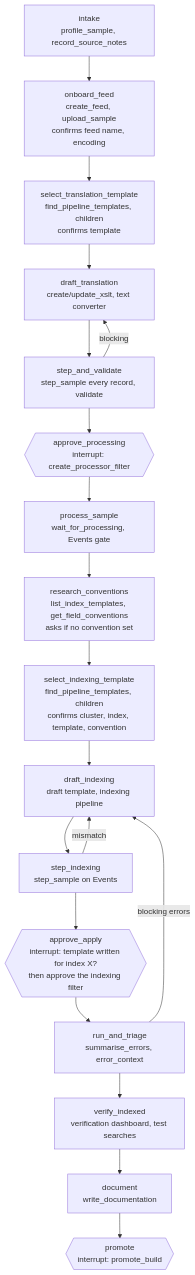
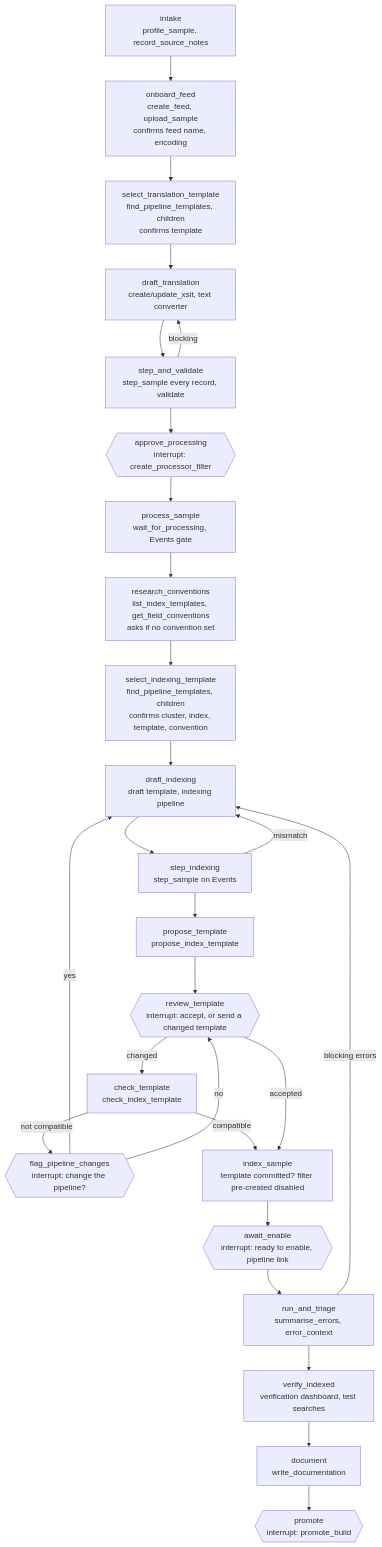
The third of 3 diagrams in docs/DESIGN.md (gradata-systems/stroom-fastmcp-server), drawn with Mermaid before and after one commit. The commit also changed other lines of this file and 16 other files, not shown here.

````diff
--- a/docs/DESIGN.md
+++ b/docs/DESIGN.md
@@ -503,21 +510,29 @@
 ```mermaid
 flowchart TD
     intake[intake<br/>profile_sample, record_source_notes] --> onboard_feed[onboard_feed<br/>create_feed, upload_sample<br/>confirms feed name, encoding]
     onboard_feed --> select_translation_template[select_translation_template<br/>find_pipeline_templates, children<br/>confirms template]
     select_translation_template --> draft_translation[draft_translation<br/>create/update_xslt, text converter]
     draft_translation --> step_and_validate[step_and_validate<br/>step_sample every record, validate]
     step_and_validate -- blocking --> draft_translation
     step_and_validate --> approve_processing{{approve_processing<br/>interrupt: create_processor_filter}}
     approve_processing --> process_sample[process_sample<br/>wait_for_processing, Events gate]
     process_sample --> research_conventions[research_conventions<br/>list_index_templates, get_field_conventions<br/>asks if no convention set]
     research_conventions --> select_indexing_template[select_indexing_template<br/>find_pipeline_templates, children<br/>confirms cluster, index, template, convention]
     select_indexing_template --> draft_indexing[draft_indexing<br/>draft template, indexing pipeline]
     draft_indexing --> step_indexing[step_indexing<br/>step_sample on Events]
     step_indexing -- mismatch --> draft_indexing
-    step_indexing --> approve_apply{{approve_apply<br/>interrupt: template written for index X?<br/>then approve the indexing filter}}
-    approve_apply --> run_and_triage[run_and_triage<br/>summarise_errors, error_context]
+    step_indexing --> propose_template[propose_template<br/>propose_index_template]
+    propose_template --> review_template{{review_template<br/>interrupt: accept, or send a changed template}}
+    review_template -- changed --> check_template[check_template<br/>check_index_template]
+    check_template -- not compatible --> flag_changes{{flag_pipeline_changes<br/>interrupt: change the pipeline?}}
+    flag_changes -- yes --> draft_indexing
+    flag_changes -- no --> review_template
+    check_template -- compatible --> index_sample
+    review_template -- accepted --> index_sample[index_sample<br/>template committed? filter pre-created disabled]
+    index_sample --> await_enable{{await_enable<br/>interrupt: ready to enable, pipeline link}}
+    await_enable --> run_and_triage[run_and_triage<br/>summarise_errors, error_context]
     run_and_triage -- blocking errors --> draft_indexing
     run_and_triage --> verify_indexed[verify_indexed<br/>verification dashboard, test searches]
     verify_indexed --> document[document<br/>write_documentation]
     document --> promote{{promote<br/>interrupt: promote_build}}
 ```
````
